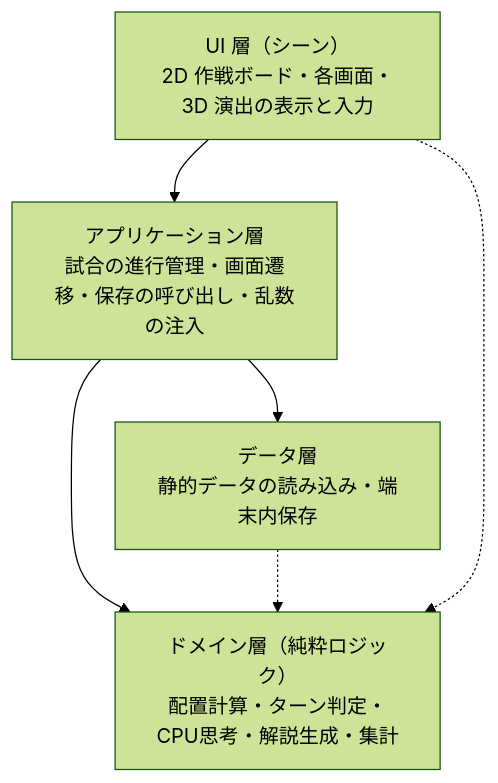
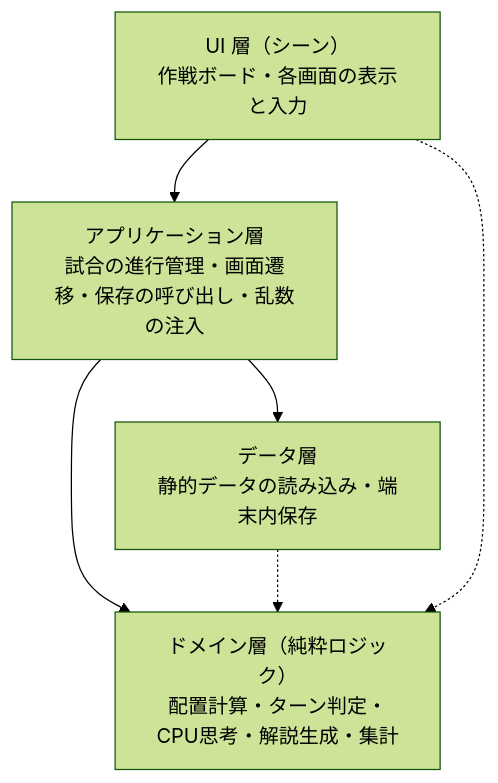
One commit to n-yata/soccer-sim changed the diagram in docs/specs/1_requirements/architecture-overview.md. Above: the diagram before and after it, drawn with Mermaid (forest theme). The commit also changed other lines of this file and 39 other files, not shown here.

````diff
--- a/docs/specs/1_requirements/architecture-overview.md
+++ b/docs/specs/1_requirements/architecture-overview.md
@@ -79,13 +82,13 @@
 ```mermaid
 graph TB
-    UI["UI 層（シーン）<br/>2D 作戦ボード・各画面・3D 演出の表示と入力"]
+    UI["UI 層（シーン）<br/>作戦ボード・各画面の表示と入力"]
     App["アプリケーション層<br/>試合の進行管理・画面遷移・保存の呼び出し・乱数の注入"]
     Domain["ドメイン層（純粋ロジック）<br/>配置計算・ターン判定・CPU思考・解説生成・集計"]
     Data["データ層<br/>静的データの読み込み・端末内保存"]
 
     UI --> App
     App --> Domain
     App --> Data
     UI -.-> Domain
     Data -.-> Domain
 ```
````
